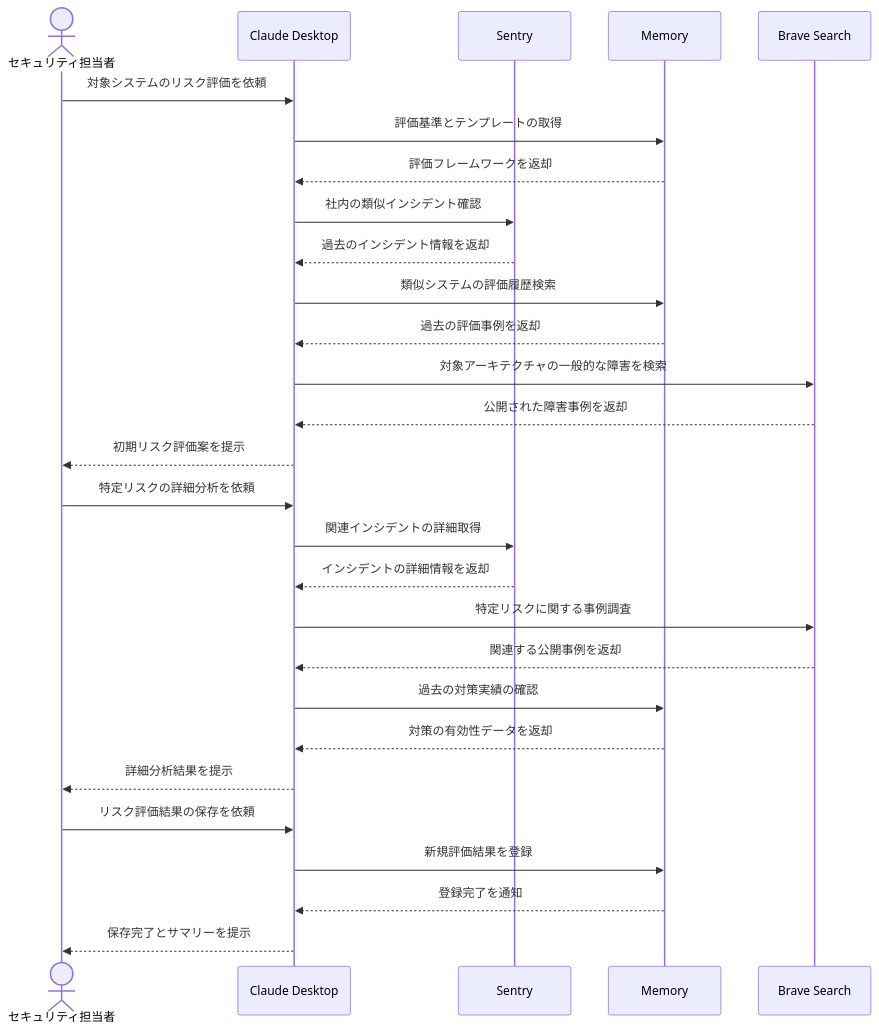
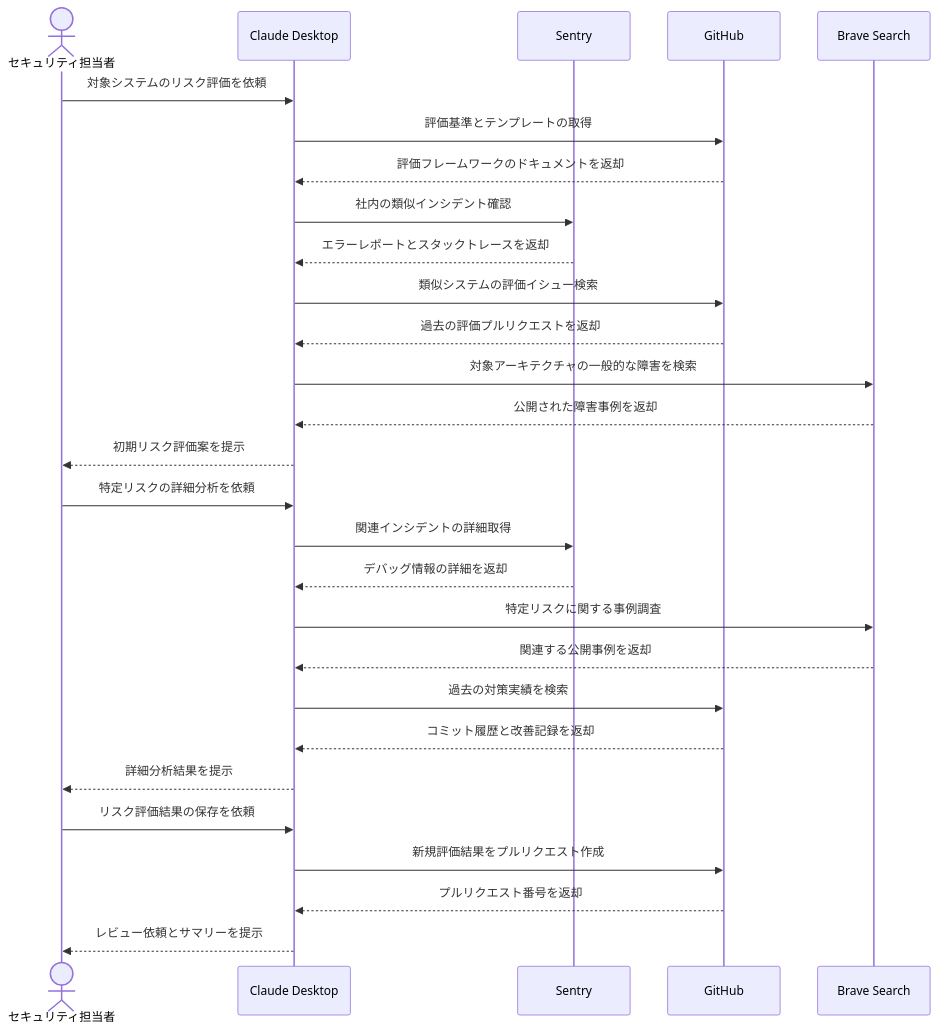
Before and after one commit to po-shu/mcp-100-ideas: the diagram in docs/03_プロジェクト/リスクアセスメントを高度化する.md, drawn with Mermaid. The commit also changed other lines of this file and 7 other files, not shown here.

````diff
--- a/docs/03_プロジェクト/リスクアセスメントを高度化する.md
+++ b/docs/03_プロジェクト/リスクアセスメントを高度化する.md
@@ -18,35 +18,35 @@
 ```mermaid
 sequenceDiagram
     actor Security as セキュリティ担当者
     participant Claude as Claude Desktop
     participant Sentry
-    participant Memory
+    participant GH as GitHub
     participant Brave as Brave Search
 
     Security->>Claude: 対象システムのリスク評価を依頼
-    Claude->>Memory: 評価基準とテンプレートの取得
-    Memory-->>Claude: 評価フレームワークを返却
+    Claude->>GH: 評価基準とテンプレートの取得
+    GH-->>Claude: 評価フレームワークのドキュメントを返却
     
     Claude->>Sentry: 社内の類似インシデント確認
-    Sentry-->>Claude: 過去のインシデント情報を返却
-    Claude->>Memory: 類似システムの評価履歴検索
-    Memory-->>Claude: 過去の評価事例を返却
+    Sentry-->>Claude: エラーレポートとスタックトレースを返却
+    Claude->>GH: 類似システムの評価イシュー検索
+    GH-->>Claude: 過去の評価プルリクエストを返却
     
     Claude->>Brave: 対象アーキテクチャの一般的な障害を検索
     Brave-->>Claude: 公開された障害事例を返却
     Claude-->>Security: 初期リスク評価案を提示
     
     Security->>Claude: 特定リスクの詳細分析を依頼
     Claude->>Sentry: 関連インシデントの詳細取得
-    Sentry-->>Claude: インシデントの詳細情報を返却
+    Sentry-->>Claude: デバッグ情報の詳細を返却
     Claude->>Brave: 特定リスクに関する事例調査
     Brave-->>Claude: 関連する公開事例を返却
-    Claude->>Memory: 過去の対策実績の確認
-    Memory-->>Claude: 対策の有効性データを返却
+    Claude->>GH: 過去の対策実績を検索
+    GH-->>Claude: コミット履歴と改善記録を返却
     Claude-->>Security: 詳細分析結果を提示
     
     Security->>Claude: リスク評価結果の保存を依頼
-    Claude->>Memory: 新規評価結果を登録
-    Memory-->>Claude: 登録完了を通知
-    Claude-->>Security: 保存完了とサマリーを提示
+    Claude->>GH: 新規評価結果をプルリクエスト作成
+    GH-->>Claude: プルリクエスト番号を返却
+    Claude-->>Security: レビュー依頼とサマリーを提示
 ```
````
